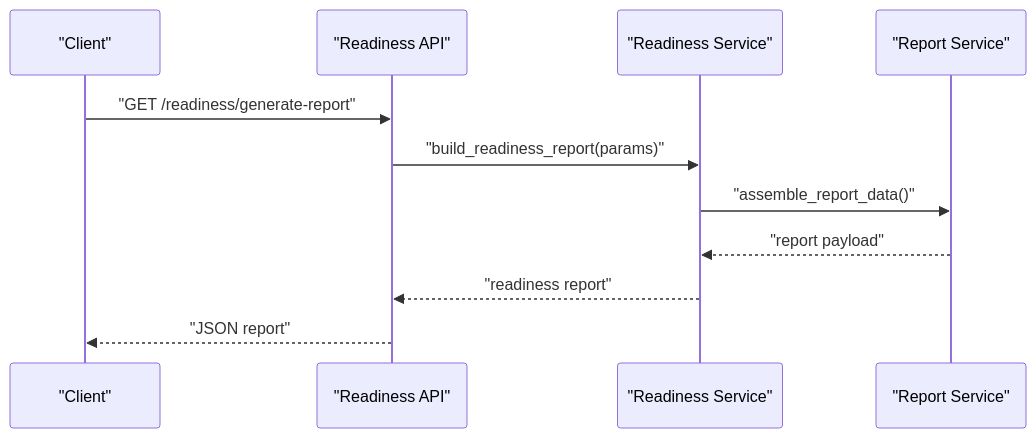
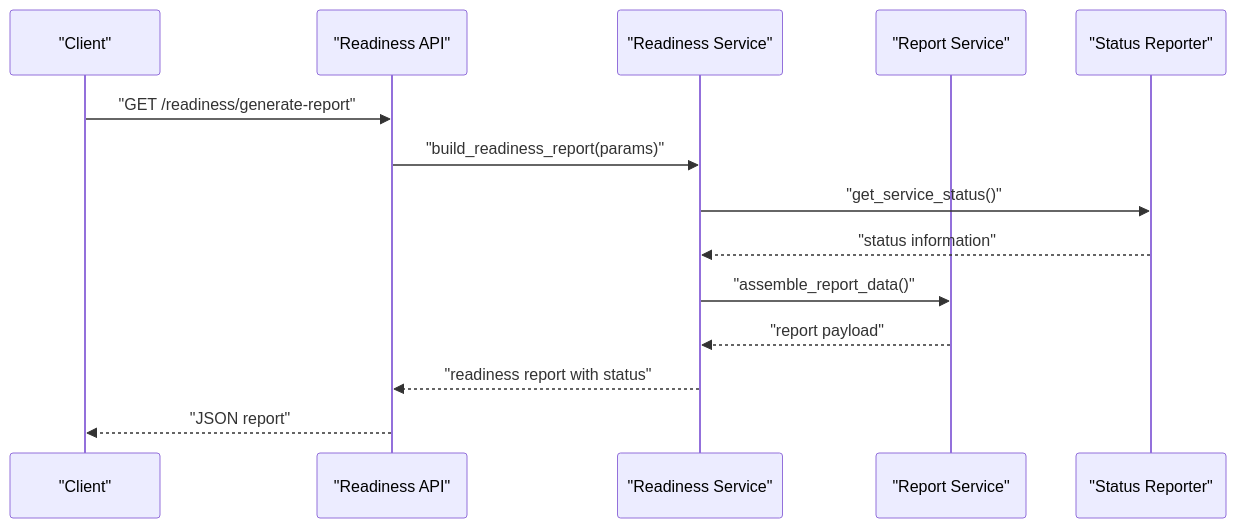
Before and after one commit to KKBAE143/VivAI: the fourth of 6 diagrams in .qoder/repowiki/en/content/Architecture Overview/Backend Architecture/Service Layer Architecture/Readiness Service.md, drawn with Mermaid. The commit also changed other lines of this file and 133 other files, not shown here.

First line of the commit message:
docs(readiness-service): update documentation with enhanced validation and monitoring

````diff
--- a/.qoder/repowiki/en/content/Architecture Overview/Backend Architecture/Service Layer Architecture/Readiness Service.md
+++ b/.qoder/repowiki/en/content/Architecture Overview/Backend Architecture/Service Layer Architecture/Readiness Service.md
@@ -218,13 +344,16 @@
 ```mermaid
 sequenceDiagram
 participant Client as "Client"
 participant API as "Readiness API"
 participant Svc as "Readiness Service"
 participant Repo as "Report Service"
+participant Status as "Status Reporter"
 Client->>API : "GET /readiness/generate-report"
 API->>Svc : "build_readiness_report(params)"
+Svc->>Status : "get_service_status()"
+Status-->>Svc : "status information"
 Svc->>Repo : "assemble_report_data()"
 Repo-->>Svc : "report payload"
-Svc-->>API : "readiness report"
+Svc-->>API : "readiness report with status"
 API-->>Client : "JSON report"
 ```
````
